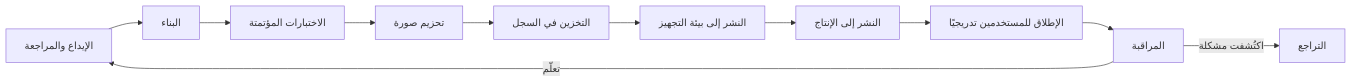
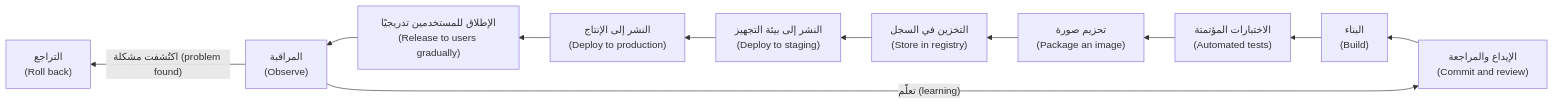
The second of 2 diagrams in cloud/modules/00-orientation.ar.md (Tamoura/system-design-for-vibe-coders), drawn with Mermaid before and after one commit. The commit also changed other lines of this file and 20 other files, not shown here.

First line of the commit message:
New courses: Arabic diagrams read right-to-left with English labels (modules 0–6)

````diff
--- a/cloud/modules/00-orientation.ar.md
+++ b/cloud/modules/00-orientation.ar.md
@@ -256,13 +256,13 @@
 ```mermaid
-flowchart LR
-    C["الإيداع والمراجعة"] --> B["البناء"]
-    B --> T["الاختبارات المؤتمتة"]
-    T --> P["تحزيم صورة"]
-    P --> R["التخزين في السجل"]
-    R --> S["النشر إلى بيئة التجهيز"]
-    S --> D["النشر إلى الإنتاج"]
-    D --> L["الإطلاق للمستخدمين تدريجيًا"]
-    L --> O["المراقبة"]
-    O -->|"اكتُشفت مشكلة"| X["التراجع"]
-    O -->|"تعلّم"| C
+flowchart RL
+    C["الإيداع والمراجعة<br/>(Commit and review)"] --> B["البناء<br/>(Build)"]
+    B --> T["الاختبارات المؤتمتة<br/>(Automated tests)"]
+    T --> P["تحزيم صورة<br/>(Package an image)"]
+    P --> R["التخزين في السجل<br/>(Store in registry)"]
+    R --> S["النشر إلى بيئة التجهيز<br/>(Deploy to staging)"]
+    S --> D["النشر إلى الإنتاج<br/>(Deploy to production)"]
+    D --> L["الإطلاق للمستخدمين تدريجيًا<br/>(Release to users gradually)"]
+    L --> O["المراقبة<br/>(Observe)"]
+    O -->|"اكتُشفت مشكلة (problem found)"| X["التراجع<br/>(Roll back)"]
+    O -->|"تعلّم (learning)"| C
 ```
````
